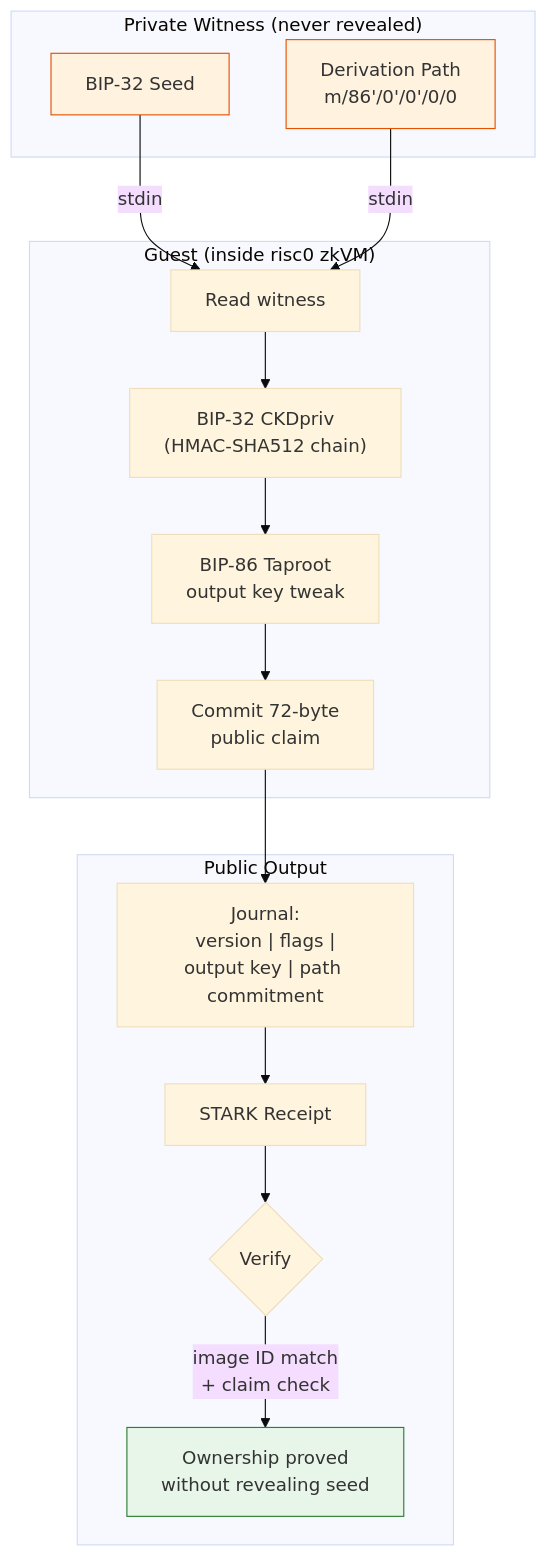
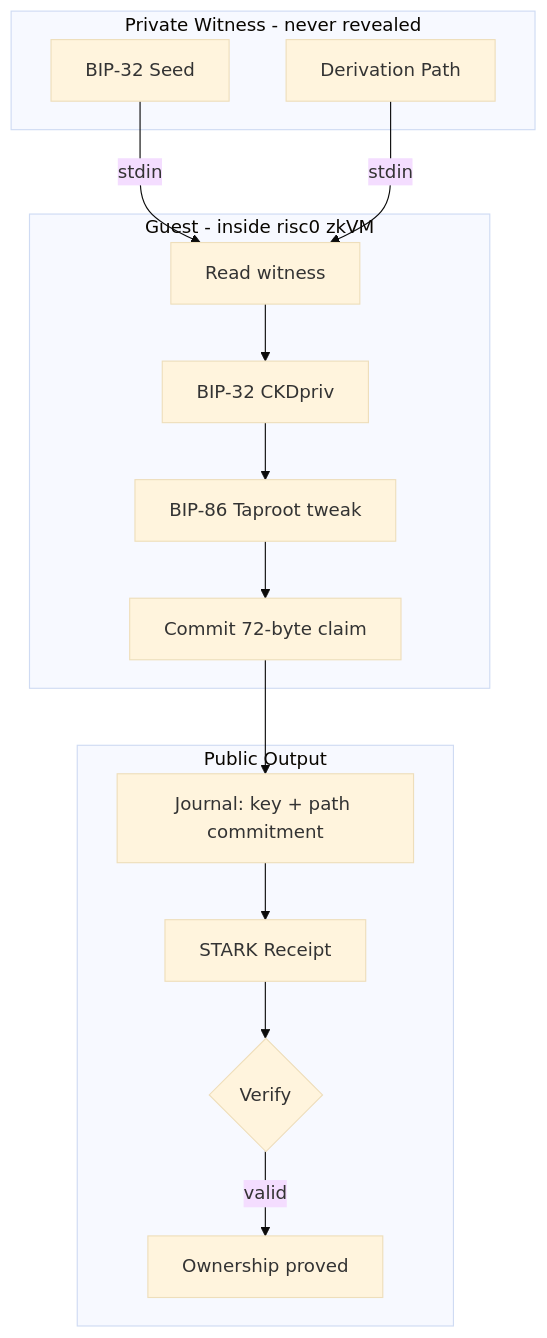
The diagram in README.md (Roasbeef/bip32-pq-zkp), drawn with Mermaid (base theme) before and after one commit.

Commit message:
docs: fix mermaid diagram syntax for GitHub rendering
GitHub's mermaid renderer rejects quoted subgraph names, ampersand
node joins, and quoted edge labels. Simplified both diagrams to use
identifier-based subgraph names and plain bracket labels.

````diff
--- a/README.md
+++ b/README.md
@@ -54,25 +54,22 @@
 ```mermaid
 flowchart TD
-    subgraph "Private Witness (never revealed)"
+    subgraph witness [Private Witness - never revealed]
         Seed[BIP-32 Seed]
-        Path["Derivation Path<br/>m/86'/0'/0'/0/0"]
+        Path[Derivation Path]
     end
 
-    subgraph "Guest (inside risc0 zkVM)"
-        Seed & Path -->|stdin| Read[Read witness]
-        Read --> Derive["BIP-32 CKDpriv<br/>(HMAC-SHA512 chain)"]
-        Derive --> Taproot["BIP-86 Taproot<br/>output key tweak"]
-        Taproot --> Commit["Commit 72-byte<br/>public claim"]
+    subgraph guest [Guest - inside risc0 zkVM]
+        Seed -->|stdin| Read[Read witness]
+        Path -->|stdin| Read
+        Read --> Derive[BIP-32 CKDpriv]
+        Derive --> Taproot[BIP-86 Taproot tweak]
+        Taproot --> Commit[Commit 72-byte claim]
     end
 
-    subgraph "Public Output"
-        Commit --> Journal["Journal:<br/>version | flags |<br/>output key | path commitment"]
+    subgraph output [Public Output]
+        Commit --> Journal[Journal: key + path commitment]
         Journal --> Receipt[STARK Receipt]
         Receipt --> Verify{Verify}
-        Verify -->|"image ID match<br/>+ claim check"| OK["Ownership proved<br/>without revealing seed"]
+        Verify -->|valid| OK[Ownership proved]
     end
-
-    style Seed fill:#fff3e0,stroke:#e65100
-    style Path fill:#fff3e0,stroke:#e65100
-    style OK fill:#e8f5e9,stroke:#2e7d32
 ```
````
